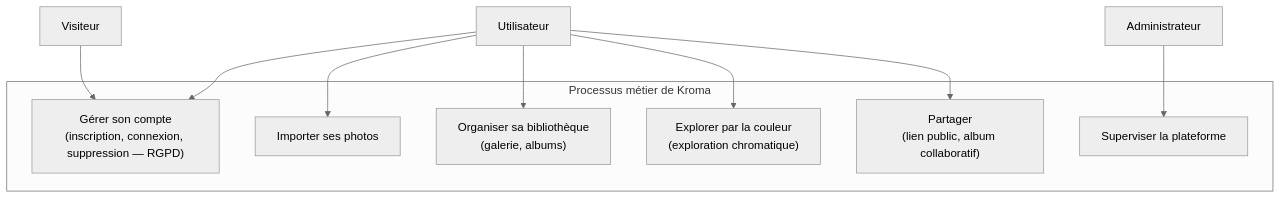
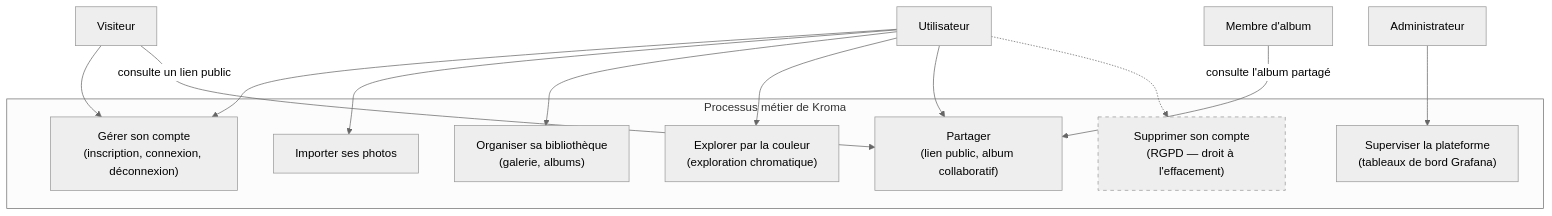
Before and after one commit to TonyMascate/fil_rouge_plateforme: the first of 5 diagrams in docs/cartographie-si.md, drawn with Mermaid (neutral theme). The commit also changed other lines of this file and 8 other files, not shown here.

````diff
--- a/docs/cartographie-si.md
+++ b/docs/cartographie-si.md
@@ -40,23 +40,31 @@
 ```mermaid
 flowchart TD
     V["Visiteur"]
     U["Utilisateur"]
+    M["Membre d'album"]
     A["Administrateur"]
 
     subgraph Processus["Processus métier de Kroma"]
-        P1["Gérer son compte<br/>(inscription, connexion, suppression — RGPD)"]
+        P1["Gérer son compte<br/>(inscription, connexion, déconnexion)"]
         P2["Importer ses photos"]
         P3["Organiser sa bibliothèque<br/>(galerie, albums)"]
         P4["Explorer par la couleur<br/>(exploration chromatique)"]
         P5["Partager<br/>(lien public, album collaboratif)"]
-        P6["Superviser la plateforme"]
+        P6["Superviser la plateforme<br/>(tableaux de bord Grafana)"]
+        P7["Supprimer son compte<br/>(RGPD — droit à l'effacement)"]
     end
 
     V --> P1
+    V -->|"consulte un lien public"| P5
     U --> P1
     U --> P2
     U --> P3
     U --> P4
     U --> P5
+    M -->|"consulte l'album partagé"| P5
+    U -.-> P7
     A --> P6
+
+    classDef cible stroke-dasharray: 5 5
+    class P7 cible
 ```
````
